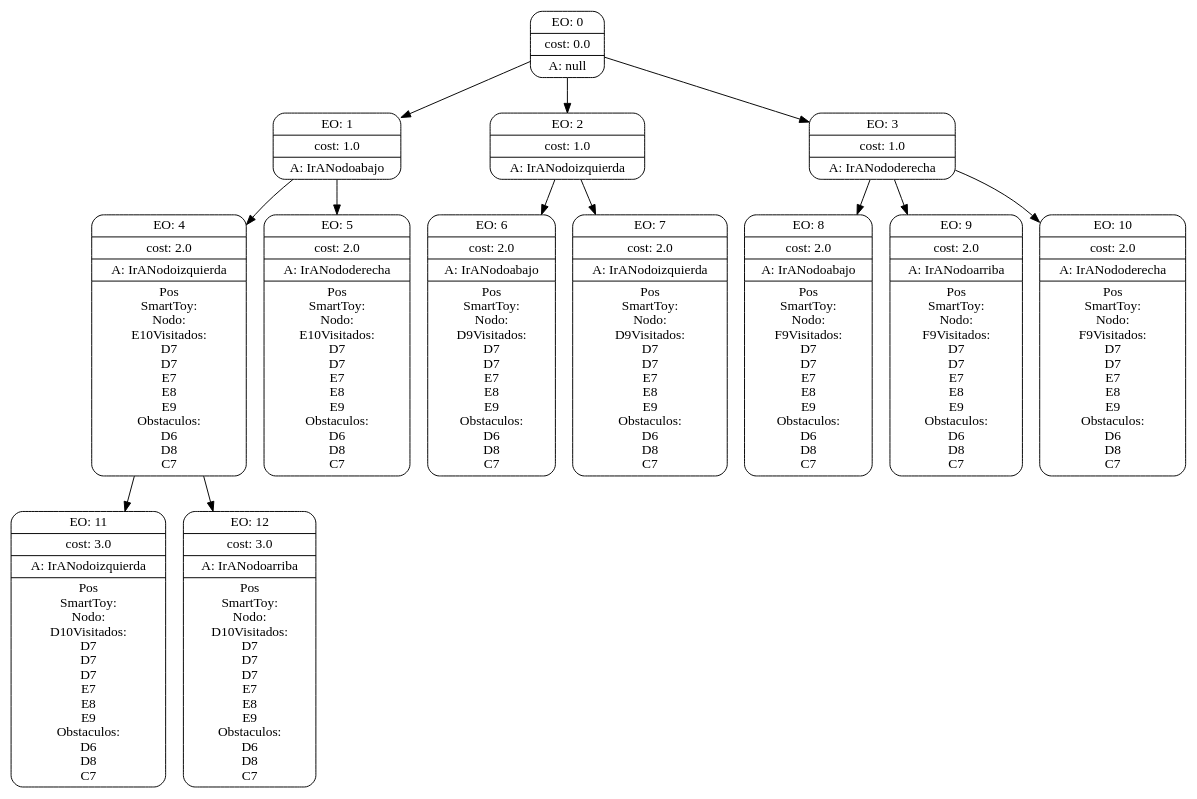
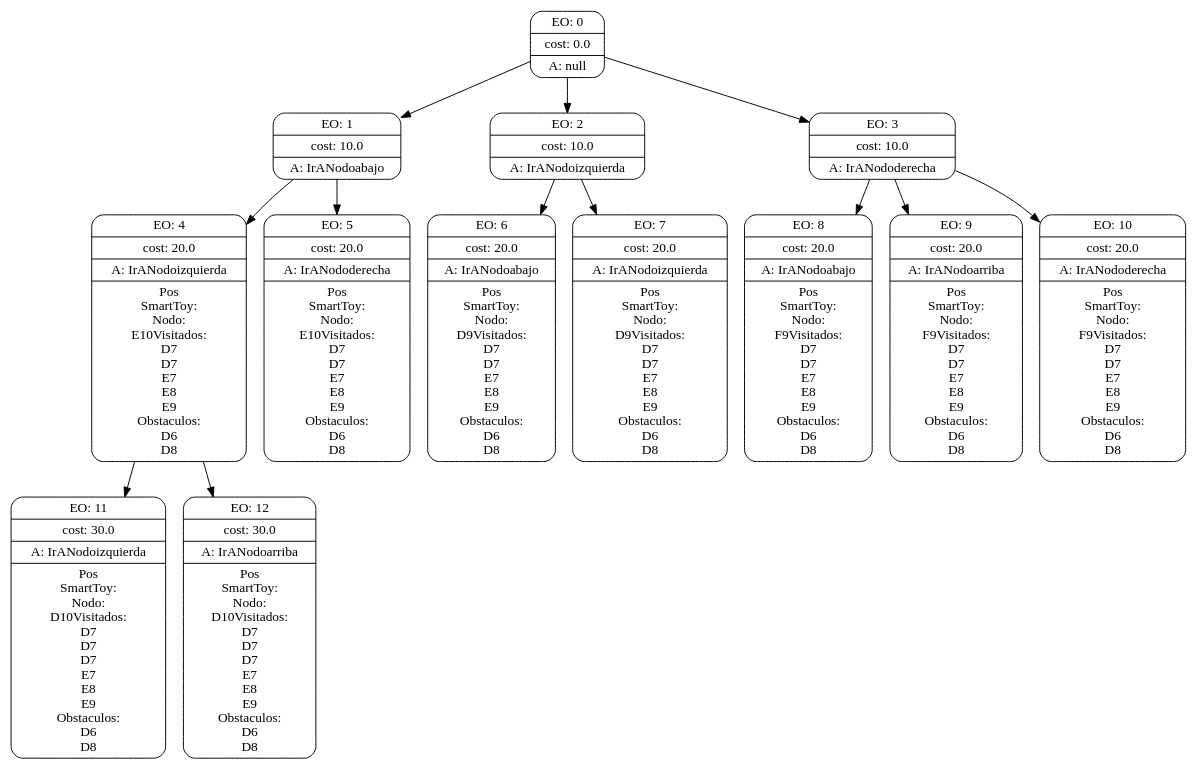
The diagram in tp1-ia/searchGVTrees/3.dot (npadula/tp1-ia), drawn with Graphviz before and after one commit. The commit also changed 16 other files, not shown here.

```diff
--- a/tp1-ia/searchGVTrees/3.dot
+++ b/tp1-ia/searchGVTrees/3.dot
@@ -1,126 +1,126 @@
 digraph g {
 node [shape = Mrecord];
 nodo0[label="{EO: 0|cost: 0.0|A: null}"]
-nodo1[label="{EO: 1|cost: 1.0|A: IrANodoabajo
+nodo1[label="{EO: 1|cost: 10.0|A: IrANodoabajo
 }"]
-nodo4[label="{EO: 4|cost: 2.0|A: IrANodoizquierda
+nodo4[label="{EO: 4|cost: 20.0|A: IrANodoizquierda
 |
 Pos\nSmartToy:\nNodo:\nE10
 
 Visitados:\n
 D7\nD7\nE7\nE8\nE9\n
 Obstaculos:\n
-D6\nD8\nC7\n
+D6\nD8\n
 
 }"]
-nodo11[label="{EO: 11|cost: 3.0|A: IrANodoizquierda
+nodo11[label="{EO: 11|cost: 30.0|A: IrANodoizquierda
 |
 Pos\nSmartToy:\nNodo:\nD10
 
 Visitados:\n
 D7\nD7\nD7\nE7\nE8\nE9\n
 Obstaculos:\n
-D6\nD8\nC7\n
+D6\nD8\n
 
 }"]
 
 nodo4 -> nodo11;
-nodo12[label="{EO: 12|cost: 3.0|A: IrANodoarriba
+nodo12[label="{EO: 12|cost: 30.0|A: IrANodoarriba
 |
 Pos\nSmartToy:\nNodo:\nD10
 
 Visitados:\n
 D7\nD7\nD7\nE7\nE8\nE9\n
 Obstaculos:\n
-D6\nD8\nC7\n
+D6\nD8\n
 
 }"]
 
 nodo4 -> nodo12;
 
 nodo1 -> nodo4;
-nodo5[label="{EO: 5|cost: 2.0|A: IrANododerecha
+nodo5[label="{EO: 5|cost: 20.0|A: IrANododerecha
 |
 Pos\nSmartToy:\nNodo:\nE10
 
 Visitados:\n
 D7\nD7\nE7\nE8\nE9\n
 Obstaculos:\n
-D6\nD8\nC7\n
+D6\nD8\n
 
 }"]
 
 nodo1 -> nodo5;
 
 nodo0 -> nodo1;
-nodo2[label="{EO: 2|cost: 1.0|A: IrANodoizquierda
+nodo2[label="{EO: 2|cost: 10.0|A: IrANodoizquierda
 }"]
-nodo6[label="{EO: 6|cost: 2.0|A: IrANodoabajo
+nodo6[label="{EO: 6|cost: 20.0|A: IrANodoabajo
 |
 Pos\nSmartToy:\nNodo:\nD9
 
 Visitados:\n
 D7\nD7\nE7\nE8\nE9\n
 Obstaculos:\n
-D6\nD8\nC7\n
+D6\nD8\n
 
 }"]
 
 nodo2 -> nodo6;
-nodo7[label="{EO: 7|cost: 2.0|A: IrANodoizquierda
+nodo7[label="{EO: 7|cost: 20.0|A: IrANodoizquierda
 |
 Pos\nSmartToy:\nNodo:\nD9
 
 Visitados:\n
 D7\nD7\nE7\nE8\nE9\n
 Obstaculos:\n
-D6\nD8\nC7\n
+D6\nD8\n
 
 }"]
 
 nodo2 -> nodo7;
 
 nodo0 -> nodo2;
-nodo3[label="{EO: 3|cost: 1.0|A: IrANododerecha
+nodo3[label="{EO: 3|cost: 10.0|A: IrANododerecha
 }"]
-nodo8[label="{EO: 8|cost: 2.0|A: IrANodoabajo
+nodo8[label="{EO: 8|cost: 20.0|A: IrANodoabajo
 |
 Pos\nSmartToy:\nNodo:\nF9
 
 Visitados:\n
 D7\nD7\nE7\nE8\nE9\n
 Obstaculos:\n
-D6\nD8\nC7\n
+D6\nD8\n
 
 }"]
 
 nodo3 -> nodo8;
-nodo9[label="{EO: 9|cost: 2.0|A: IrANodoarriba
+nodo9[label="{EO: 9|cost: 20.0|A: IrANodoarriba
 |
 Pos\nSmartToy:\nNodo:\nF9
 
 Visitados:\n
 D7\nD7\nE7\nE8\nE9\n
 Obstaculos:\n
-D6\nD8\nC7\n
+D6\nD8\n
 
 }"]
 
 nodo3 -> nodo9;
-nodo10[label="{EO: 10|cost: 2.0|A: IrANododerecha
+nodo10[label="{EO: 10|cost: 20.0|A: IrANododerecha
 |
 Pos\nSmartToy:\nNodo:\nF9
 
 Visitados:\n
 D7\nD7\nE7\nE8\nE9\n
 Obstaculos:\n
-D6\nD8\nC7\n
+D6\nD8\n
 
 }"]
 
 nodo3 -> nodo10;
 
 nodo0 -> nodo3;
 
 
 }
```
